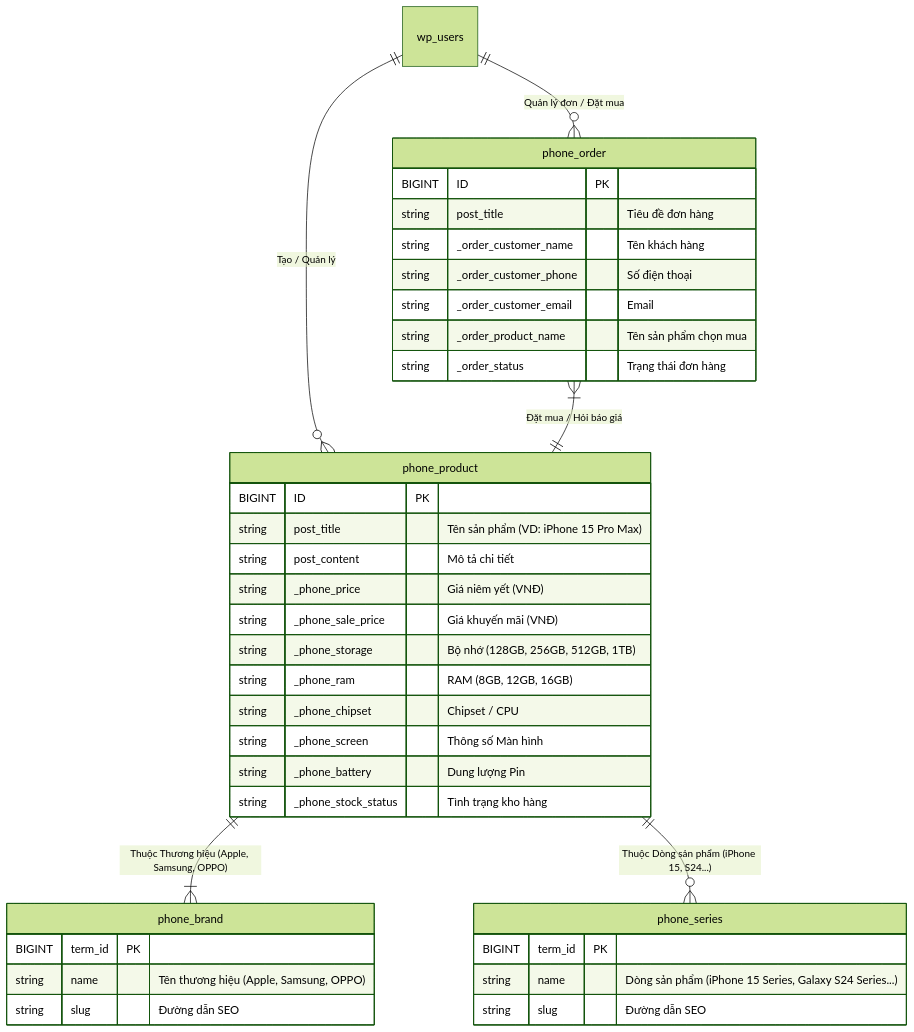
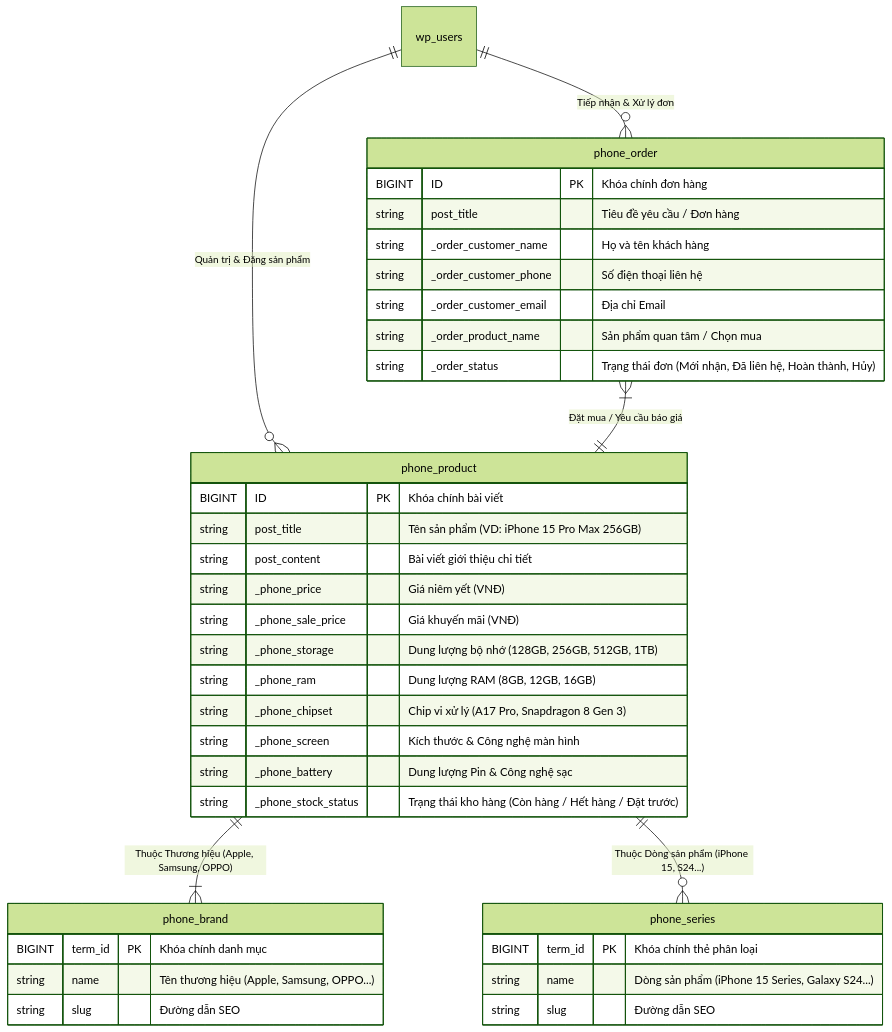
The diagram in README.md (Adui99/KTD_Wordpress_Ecommerce), drawn with Mermaid (forest theme) before and after one commit. The commit also changed other lines of this file and 1 other file, not shown here.

````diff
--- a/README.md
+++ b/README.md
@@ -13,46 +25,46 @@
 ```mermaid
 erDiagram
-    wp_users ||--o{ phone_product : "Tạo / Quản lý"
-    wp_users ||--o{ phone_order : "Quản lý đơn / Đặt mua"
+    wp_users ||--o{ phone_product : "Quản trị & Đăng sản phẩm"
+    wp_users ||--o{ phone_order : "Tiếp nhận & Xử lý đơn"
 
     phone_product ||--|{ phone_brand : "Thuộc Thương hiệu (Apple, Samsung, OPPO)"
     phone_product ||--o{ phone_series : "Thuộc Dòng sản phẩm (iPhone 15, S24...)"
     
-    phone_order }|--|| phone_product : "Đặt mua / Hỏi báo giá"
+    phone_order }|--|| phone_product : "Đặt mua / Yêu cầu báo giá"
 
     phone_product {
-        BIGINT ID PK
-        string post_title "Tên sản phẩm (VD: iPhone 15 Pro Max)"
-        string post_content "Mô tả chi tiết"
+        BIGINT ID PK "Khóa chính bài viết"
+        string post_title "Tên sản phẩm (VD: iPhone 15 Pro Max 256GB)"
+        string post_content "Bài viết giới thiệu chi tiết"
         string _phone_price "Giá niêm yết (VNĐ)"
         string _phone_sale_price "Giá khuyến mãi (VNĐ)"
-        string _phone_storage "Bộ nhớ (128GB, 256GB, 512GB, 1TB)"
-        string _phone_ram "RAM (8GB, 12GB, 16GB)"
-        string _phone_chipset "Chipset / CPU"
-        string _phone_screen "Thông số Màn hình"
-        string _phone_battery "Dung lượng Pin"
-        string _phone_stock_status "Tình trạng kho hàng"
+        string _phone_storage "Dung lượng bộ nhớ (128GB, 256GB, 512GB, 1TB)"
+        string _phone_ram "Dung lượng RAM (8GB, 12GB, 16GB)"
+        string _phone_chipset "Chip vi xử lý (A17 Pro, Snapdragon 8 Gen 3)"
+        string _phone_screen "Kích thước & Công nghệ màn hình"
+        string _phone_battery "Dung lượng Pin & Công nghệ sạc"
+        string _phone_stock_status "Trạng thái kho hàng (Còn hàng / Hết hàng / Đặt trước)"
     }
 
     phone_brand {
-        BIGINT term_id PK
-        string name "Tên thương hiệu (Apple, Samsung, OPPO)"
+        BIGINT term_id PK "Khóa chính danh mục"
+        string name "Tên thương hiệu (Apple, Samsung, OPPO...)"
         string slug "Đường dẫn SEO"
     }
 
     phone_series {
-        BIGINT term_id PK
-        string name "Dòng sản phẩm (iPhone 15 Series, Galaxy S24 Series...)"
+        BIGINT term_id PK "Khóa chính thẻ phân loại"
+        string name "Dòng sản phẩm (iPhone 15 Series, Galaxy S24...)"
         string slug "Đường dẫn SEO"
     }
 
     phone_order {
-        BIGINT ID PK
-        string post_title "Tiêu đề đơn hàng"
-        string _order_customer_name "Tên khách hàng"
-        string _order_customer_phone "Số điện thoại"
-        string _order_customer_email "Email"
-        string _order_product_name "Tên sản phẩm chọn mua"
-        string _order_status "Trạng thái đơn hàng"
+        BIGINT ID PK "Khóa chính đơn hàng"
+        string post_title "Tiêu đề yêu cầu / Đơn hàng"
+        string _order_customer_name "Họ và tên khách hàng"
+        string _order_customer_phone "Số điện thoại liên hệ"
+        string _order_customer_email "Địa chỉ Email"
+        string _order_product_name "Sản phẩm quan tâm / Chọn mua"
+        string _order_status "Trạng thái đơn (Mới nhận, Đã liên hệ, Hoàn thành, Hủy)"
     }
 ```
````
